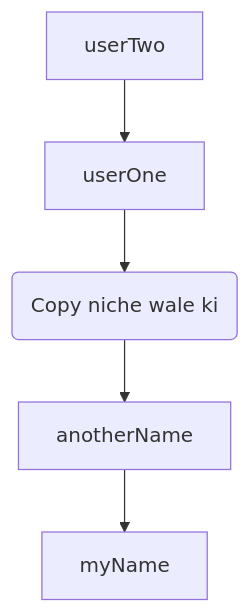
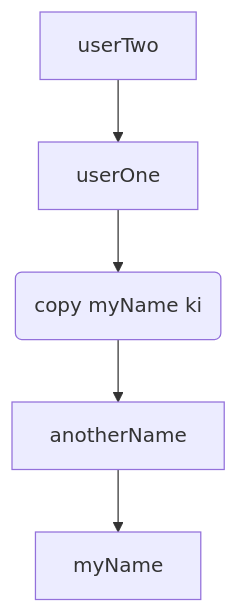
Before and after one commit to siddharthkumarrai/Javascript_guide: the diagram in README.md, drawn with Mermaid.

````diff
--- a/README.md
+++ b/README.md
@@ -126,4 +126,4 @@
 ```mermaid
 graph TD;
-    userTwo-->userOne-->myName_(Copy niche wale ki)-->anotherName-->myName;
+    userTwo-->userOne-->myName_(copy myName ki)-->anotherName-->myName;
 ```
````
